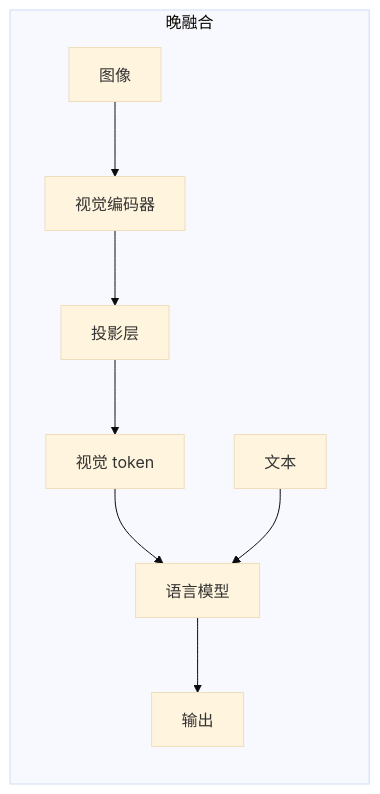
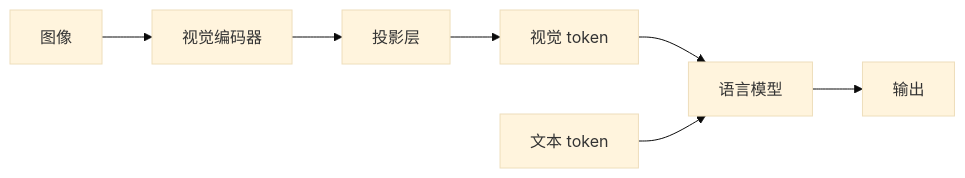
One commit to fenixsoft/dmla changed the third of 6 diagrams in docs/language-models/frontier/multimodal-llm.md. Above: the diagram before and after it, drawn with Mermaid (base theme). The commit also changed other lines of this file and 4 other files, not shown here.

````diff
--- a/docs/language-models/frontier/multimodal-llm.md
+++ b/docs/language-models/frontier/multimodal-llm.md
@@ -91,11 +57,9 @@
-```mermaid
+```mermaid compact
 graph LR
-    subgraph 晚融合
-        I2["图像"] --> V2["视觉编码器"]
-        V2 --> P2["投影层"]
-        P2 --> T2["视觉 token"]
-        T2 --> L2["语言模型"]
-        T3["文本"] --> L2
-        L2 --> O2["输出"]
-    end
+    I2["图像"] --> V2["视觉编码器"]
+    V2 --> P2["投影层"]
+    P2 --> T2["视觉 token"]
+    T2 --> L2["语言模型"]
+    T3["文本 token"] --> L2
+    L2 --> O2["输出"]
 ```
````
